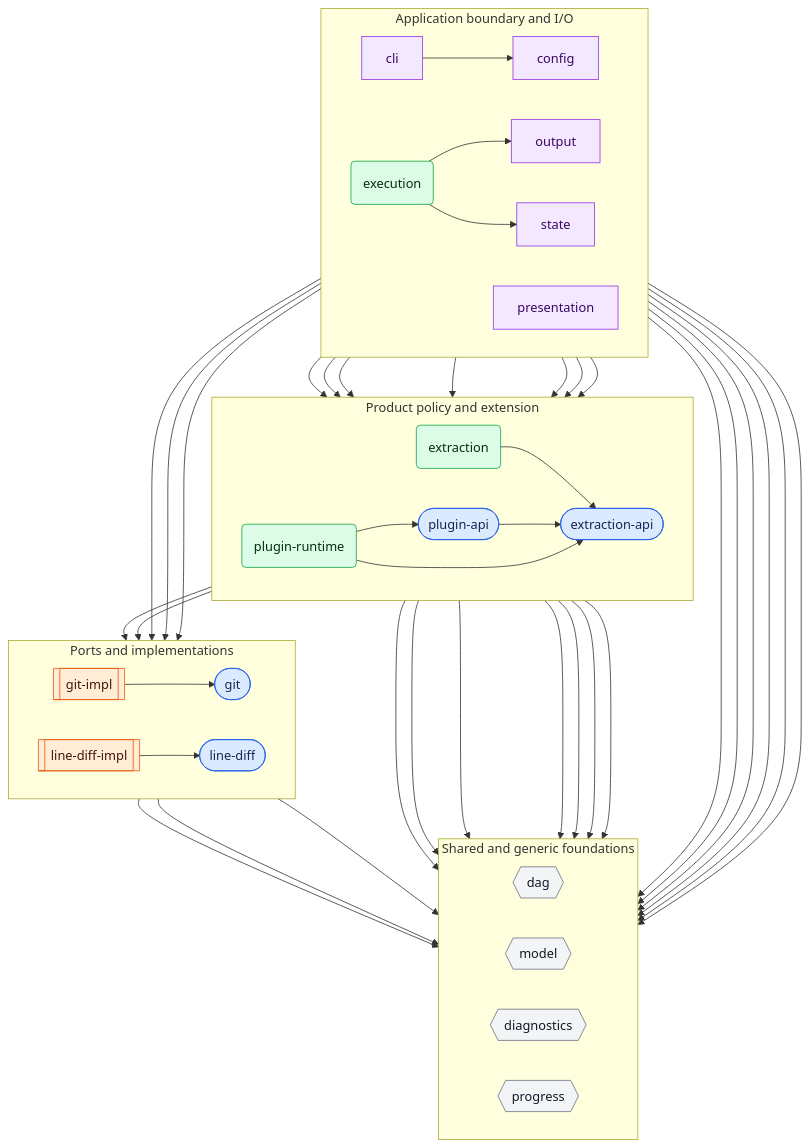
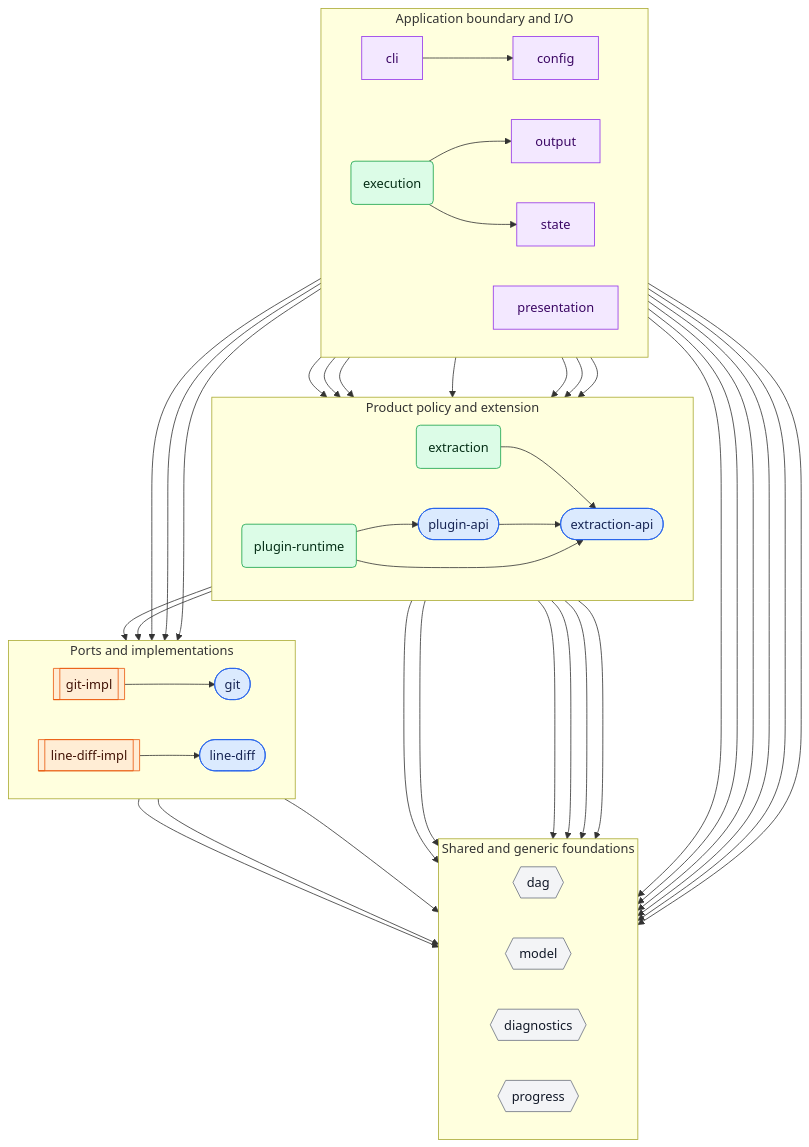
One commit to gitlode/gitlode changed the first of 2 diagrams in packages/gitlode/docs/design/domain-design.md. Above: the diagram before and after it, drawn with Mermaid. The commit also changed 7 other files, not shown here.

```diff
--- a/packages/gitlode/docs/design/domain-design.md
+++ b/packages/gitlode/docs/design/domain-design.md
@@ -530,7 +530,6 @@
   extraction --> progress
   extractionApi --> diagnostics
   extractionApi --> model
-  extractionApi --> progress
 
   pluginApi --> extractionApi
   pluginRuntime --> diagnostics
```
